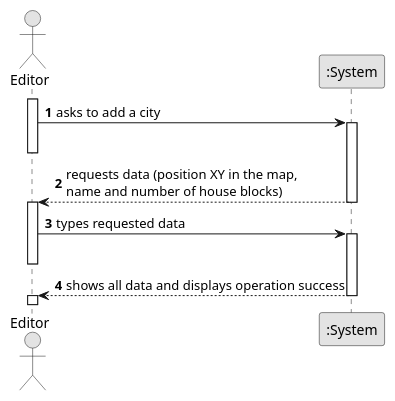
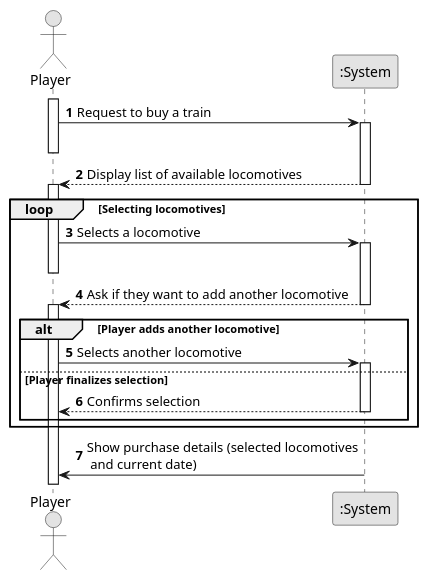
The diagram in docs/sprint1/us009/01.requirements-engineering/puml/us009-system-sequence-diagram.puml (ivasduarte/all-aboard), drawn with PlantUML before and after one commit. The commit also changed 2 other files, not shown here.

```diff
--- a/docs/sprint1/us009/01.requirements-engineering/puml/us009-system-sequence-diagram.puml
+++ b/docs/sprint1/us009/01.requirements-engineering/puml/us009-system-sequence-diagram.puml
@@ -1,29 +1,43 @@
 @startuml
 skinparam monochrome true
 skinparam packageStyle rectangle
 skinparam shadowing false
 
 autonumber
 
-actor "Editor" as Editor
+actor "Player" as Player
 participant ":System" as System
 
-activate Editor
+activate Player
 
-    Editor -> System : asks to add a city
+Player -> System : Request to buy a train
+activate System
+deactivate Player
+
+System --> Player : Display list of available locomotives
+deactivate System
+activate Player
+
+loop Selecting locomotives
+    Player -> System : Selects a locomotive
     activate System
-    deactivate Editor
+    deactivate Player
 
-    System --> Editor : requests data (position XY in the map, \nname and number of house blocks)
+    System --> Player : Ask if they want to add another locomotive
     deactivate System
-    activate Editor
+    activate Player
 
-    Editor -> System : types requested data
-    activate System
-    deactivate Editor
+    alt Player adds another locomotive
+        Player -> System : Selects another locomotive
+        activate System
+    else Player finalizes selection
+        System --> Player : Confirms selection
+        deactivate System
+    end
+end
 
-    System --> Editor : shows all data and displays operation success
-    deactivate System
-    activate Editor
+activate System
+System -> Player : Show purchase details (selected locomotives\n and current date)
+deactivate System
 
 @enduml
```
